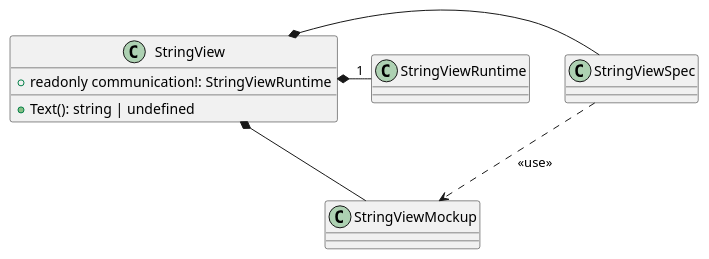
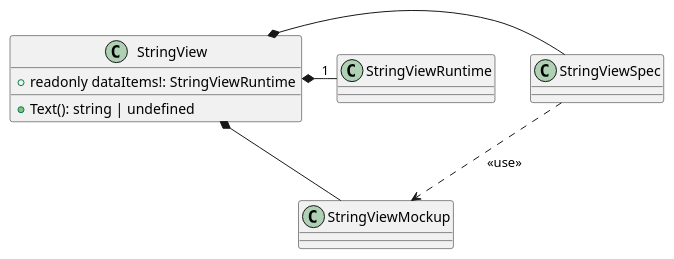
The diagram in src/modularPlantManager/pea/dataAssembly/indicatorElement/StringView/StringView.puml (p2o-lab/polaris-backend), drawn with PlantUML before and after one commit. The commit also changed 253 other files, not shown here.

```diff
--- a/src/modularPlantManager/pea/dataAssembly/indicatorElement/StringView/StringView.puml
+++ b/src/modularPlantManager/pea/dataAssembly/indicatorElement/StringView/StringView.puml
@@ -26,14 +26,14 @@
 @startuml
 'https://plantuml.com/class-diagram
 
 class StringView{
-    + readonly communication!: StringViewRuntime
+    + readonly dataItems!: StringViewRuntime
     + Text(): string | undefined
 }
 StringView *- StringViewSpec
 StringViewSpec ..> StringViewMockup : <<use>>
 StringView *- StringViewMockup
 
 StringView *- "1" StringViewRuntime
 
 @enduml
```
